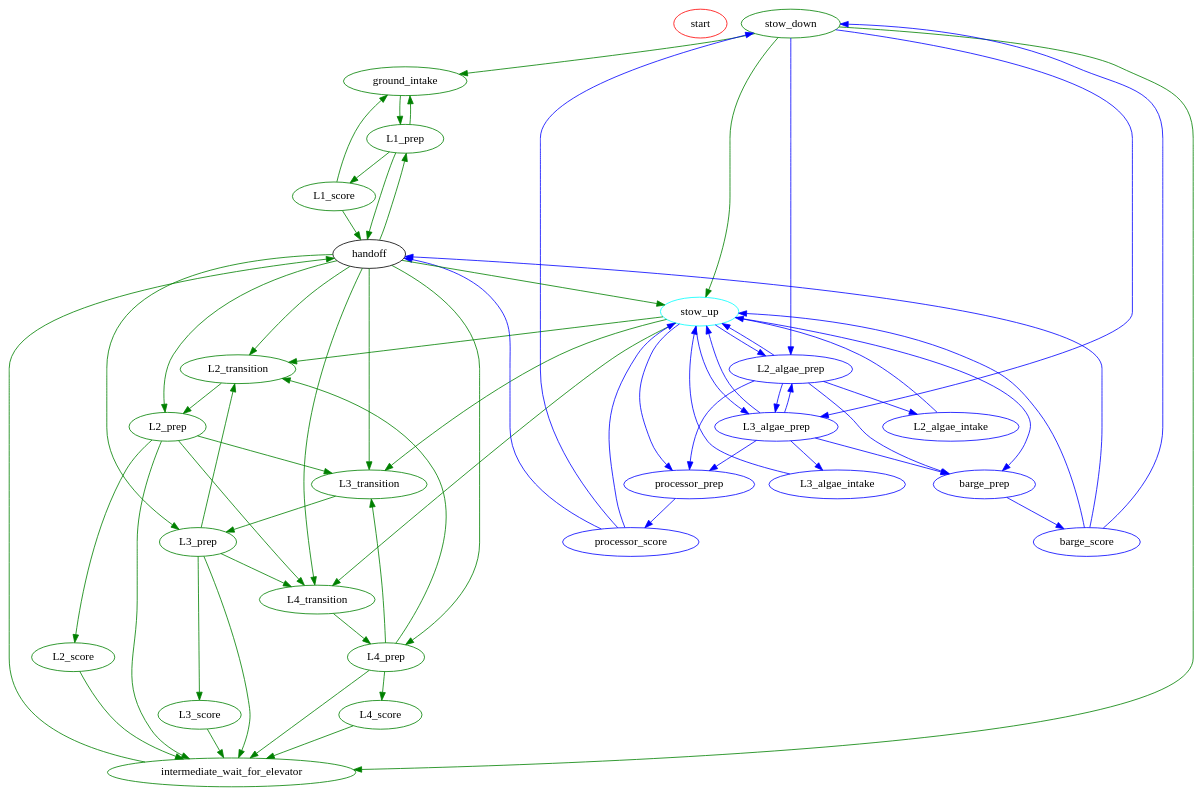
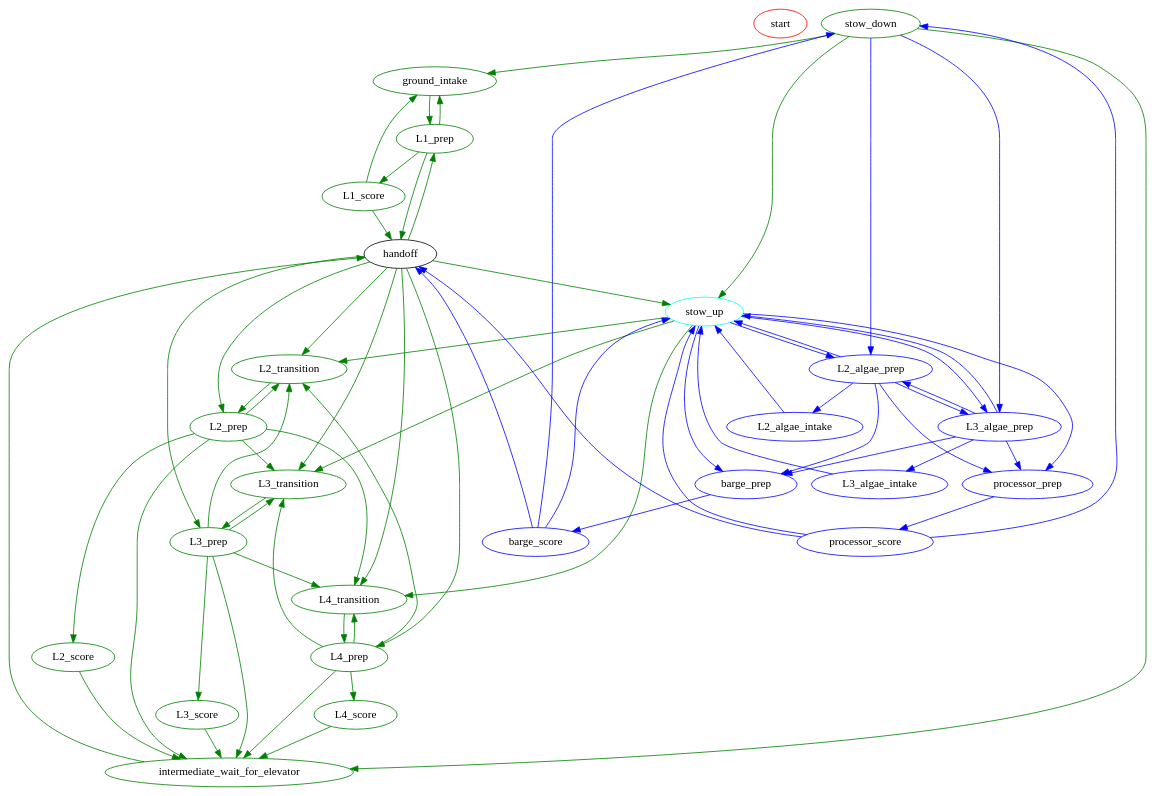
Before and after one commit to Team-190/2k25-Robot-Code: the diagram in src/main/java/frc/robot/subsystems/v3_Epsilon/superstructure/Superstructure.dot, drawn with Graphviz.

Commit message:
Added edge from L2_prep back to L2_transition and so on for L3 and L4

```diff
--- a/src/main/java/frc/robot/subsystems/v3_Epsilon/superstructure/Superstructure.dot
+++ b/src/main/java/frc/robot/subsystems/v3_Epsilon/superstructure/Superstructure.dot
@@ -1,136 +1,140 @@
 digraph Superstructure {
   /*
    * Graphviz DOT file for the superstructure state machine.
    * States are represented as nodes, and transitions are represented as edges.
   */
 
   // Node definitions
   start [color = red]
 
   stow_down [color = green]
 
   ground_intake [color = green]
 
   L1_score [color = green]
   L2_score [color = green]
   L3_score [color = green]
   L4_score [color = green]
   
   stow_up [color = cyan]
   
   L2_algae_prep [color = blue]
   L3_algae_prep [color = blue]
   
   L2_algae_intake [color = blue]
   L3_algae_intake [color = blue]
 
   barge_prep [color = blue]
   barge_score [color = blue]
   
   processor_prep [color = blue]
   processor_score [color = blue]
 
   # Prep states
   L1_prep [color = green]
   L2_prep [color = green]
   L3_prep [color = green]
   L4_prep [color = green]
 
   # Transition States
   L2_transition [color = green]
   L3_transition [color = green]
   L4_transition [color = green]
   # Transition states are inherently wait_for_elevator states but for different levels
 
   intermediate_wait_for_elevator [color = green]
   
   stow_down -> stow_up [color = green]
   handoff -> stow_up [color = green]
   
   stow_up -> L2_transition [color = green]
   stow_up -> L3_transition [color = green]
   stow_up -> L4_transition [color = green]
   
   # Coral Edges
   handoff -> L1_prep [color = green]
   handoff -> L2_transition [color = green]
   handoff -> L3_transition [color = green]
   handoff -> L4_transition [color = green]
   
   handoff -> L2_prep [color = green]
   handoff -> L3_prep [color = green]
   handoff -> L4_prep [color = green]
 
   stow_down -> intermediate_wait_for_elevator [color = green]
   intermediate_wait_for_elevator -> handoff [color = green]
   ground_intake -> L1_prep [color = green]
   stow_down -> ground_intake [color = green]
 
   L1_prep -> ground_intake [color = green]
 
   L1_prep -> L1_score [color = green]
   L2_prep -> L2_score [color = green]
   L3_prep -> L3_score [color = green]
   L4_prep -> L4_score [color = green]
 
   L2_prep -> intermediate_wait_for_elevator [color = green]
   L3_prep -> intermediate_wait_for_elevator [color = green]
   L4_prep -> intermediate_wait_for_elevator [color = green]
   
   L1_score -> ground_intake [color = green]
   L1_prep -> handoff [color = green]
   L1_score -> handoff [color = green]
     
   L2_score -> intermediate_wait_for_elevator [color = green]
   L3_score -> intermediate_wait_for_elevator [color = green]
   L4_score -> intermediate_wait_for_elevator [color = green]
 
   L2_prep -> L3_transition [color = green]
   L2_prep -> L4_transition [color = green]
   L3_prep -> L2_transition [color = green]
   L3_prep -> L4_transition [color = green]
   L4_prep -> L3_transition [color = green]
   L4_prep -> L2_transition [color = green]
 
   L2_transition -> L2_prep [color = green]
   L3_transition -> L3_prep [color = green]
   L4_transition -> L4_prep [color = green]
+
+  L2_prep -> L2_transition [color = green]
+  L3_prep -> L3_transition [color = green]
+  L4_prep -> L4_transition [color = green]
   
   # Algae Edges
   stow_up -> L2_algae_prep [color = blue]
   stow_up -> L3_algae_prep [color = blue]
   stow_up -> barge_prep [color = blue]
   stow_up -> processor_prep [color = blue]
   
   stow_down -> L2_algae_prep [color = blue]
   stow_down -> L3_algae_prep [color = blue]
   
   L2_algae_prep -> barge_prep [color = blue]
   L3_algae_prep -> barge_prep [color = blue]
   
   L2_algae_prep -> processor_prep [color = blue]
   L3_algae_prep -> processor_prep [color = blue]
   
   L2_algae_prep -> stow_up [color = blue]
   L3_algae_prep -> stow_up [color = blue]
   
   L2_algae_prep -> L2_algae_intake [color = blue]
   L3_algae_prep -> L3_algae_intake [color = blue]
   
   L2_algae_intake -> stow_up [color = blue]
   L3_algae_intake -> stow_up [color = blue]
   
   barge_prep -> barge_score [color = blue]
   processor_prep -> processor_score [color = blue]
   
   processor_score -> stow_up [color = blue]
   processor_score -> stow_down [color = blue]
   processor_score -> handoff [color = blue]
   
   barge_score -> stow_up [color = blue]
   barge_score -> stow_down [color = blue]
   barge_score -> handoff [color = blue]
   
   L2_algae_prep -> L3_algae_prep [color = blue]
   L3_algae_prep -> L2_algae_prep [color = blue]
 }
```
